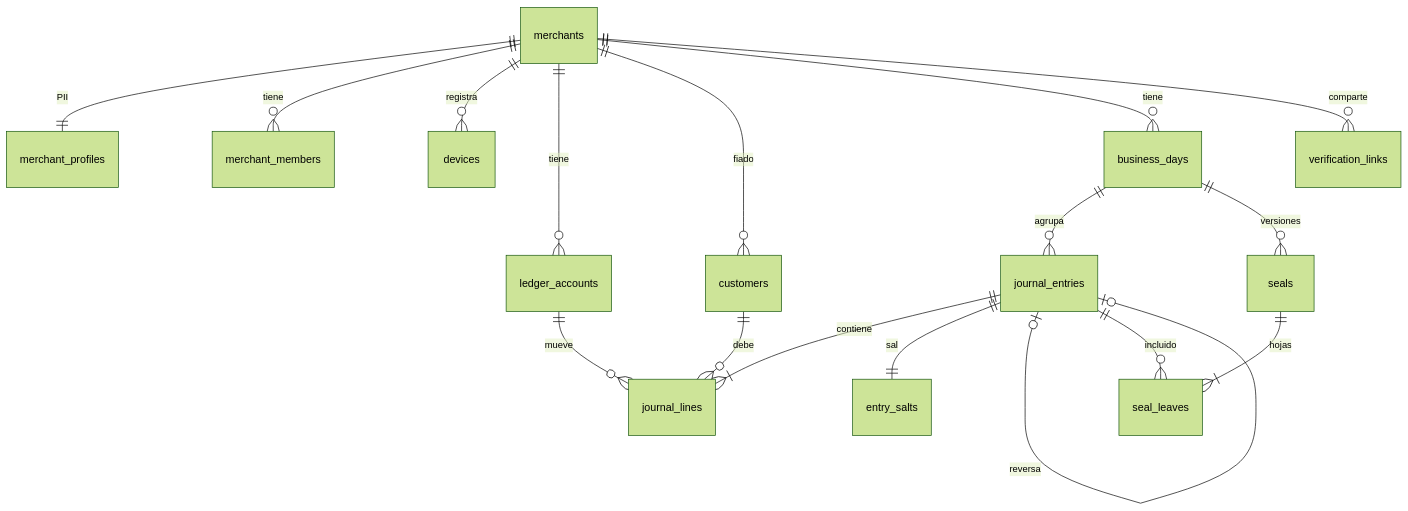
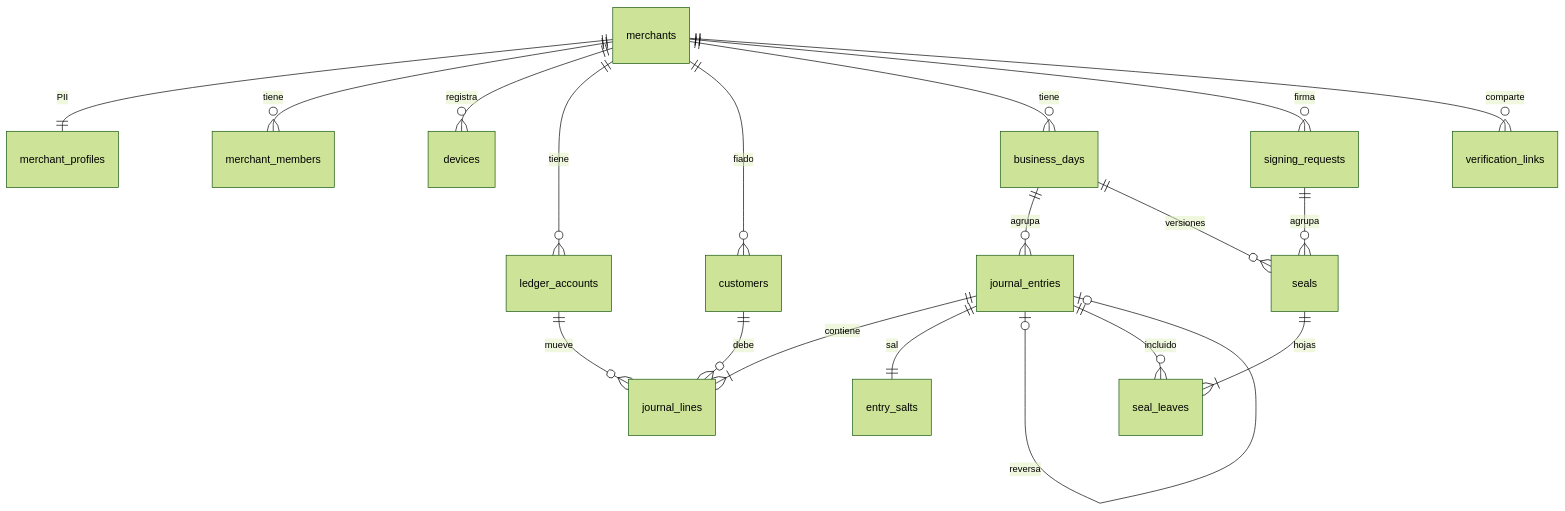
One commit to andreMD287/Bimo changed the diagram in docs/specs/01-modelo-de-datos.md. Above: the diagram before and after it, drawn with Mermaid (forest theme). The commit also changed other lines of this file, not shown here.

Commit message:
docs(specs): update spec 01 a v1.2 con solicitudes de firma y estado de cuenta

````diff
--- a/docs/specs/01-modelo-de-datos.md
+++ b/docs/specs/01-modelo-de-datos.md
@@ -28,19 +28,21 @@
 ```mermaid
 erDiagram
   merchants ||--|| merchant_profiles : "PII"
   merchants ||--o{ merchant_members : tiene
   merchants ||--o{ devices : registra
   merchants ||--o{ ledger_accounts : tiene
   merchants ||--o{ customers : "fiado"
   merchants ||--o{ business_days : tiene
   business_days ||--o{ journal_entries : agrupa
   journal_entries ||--|{ journal_lines : contiene
   journal_entries ||--|| entry_salts : "sal"
   journal_entries o|--o| journal_entries : reversa
   ledger_accounts ||--o{ journal_lines : mueve
   customers ||--o{ journal_lines : debe
   business_days ||--o{ seals : versiones
+  merchants ||--o{ signing_requests : firma
+  signing_requests ||--o{ seals : agrupa
   seals ||--|{ seal_leaves : hojas
   journal_entries ||--o{ seal_leaves : incluido
   merchants ||--o{ verification_links : comparte
 ```
````
